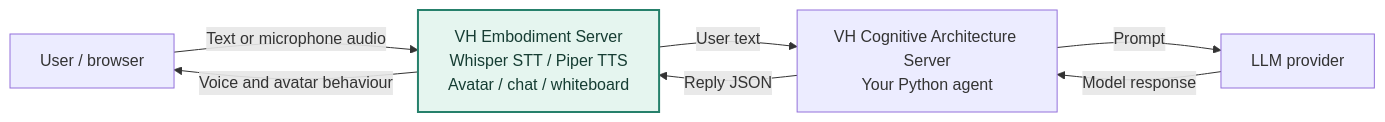
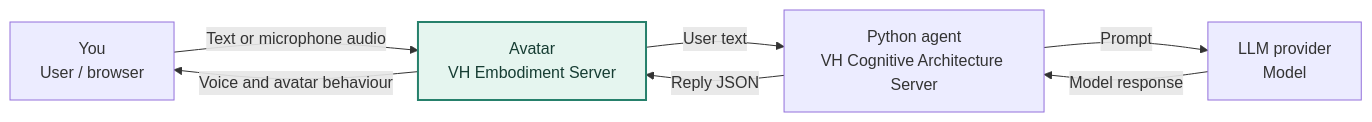
Before and after one commit to alessandropec/virtual-humans-cognitive-architectures: the diagram in virtual_human_project/README.md, drawn with Mermaid. The commit also changed 13 other files, not shown here.

````diff
--- a/virtual_human_project/README.md
+++ b/virtual_human_project/README.md
@@ -14,16 +14,16 @@
 ```mermaid
 flowchart LR
-    U["User / browser"]
-    E["VH Embodiment Server<br/>Whisper STT / Piper TTS<br/>Avatar / chat / whiteboard"]
-    C["VH Cognitive Architecture Server<br/>Your Python agent"]
-    L["LLM provider"]
+    U["You<br/>User / browser"]
+    E["Avatar<br/>VH Embodiment Server"]
+    C["Python agent<br/>VH Cognitive Architecture Server"]
+    L["LLM provider<br/>Model"]
 
     U -->|Text or microphone audio| E
     E -->|Voice and avatar behaviour| U
     E -->|User text| C
     C -->|Reply JSON| E
     C -->|Prompt| L
     L -->|Model response| C
 
     style E fill:#e5f5ef,stroke:#26806b,stroke-width:2px,color:#163d33
 ```
````
